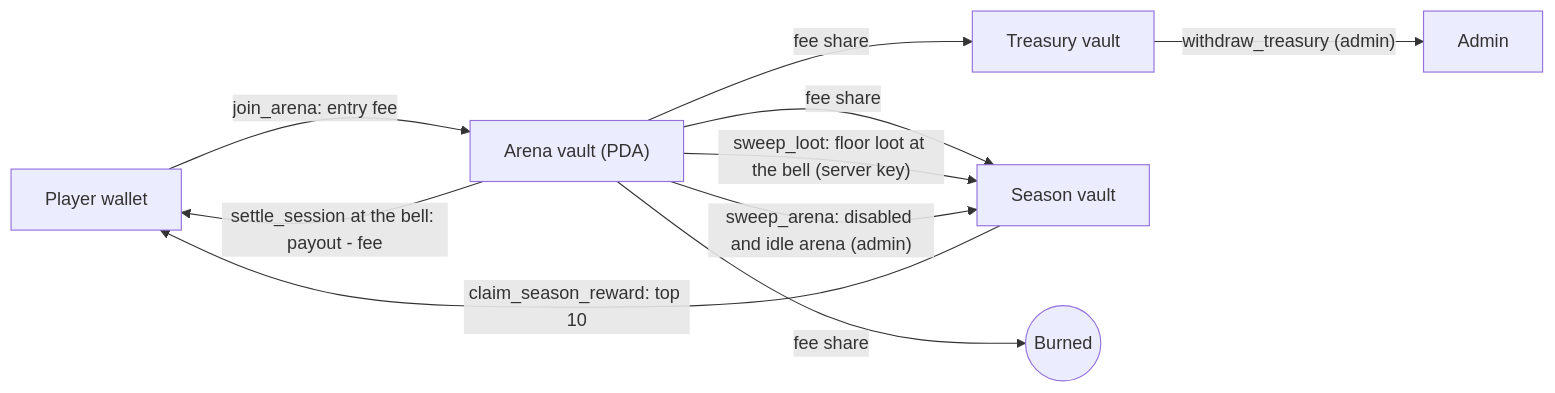
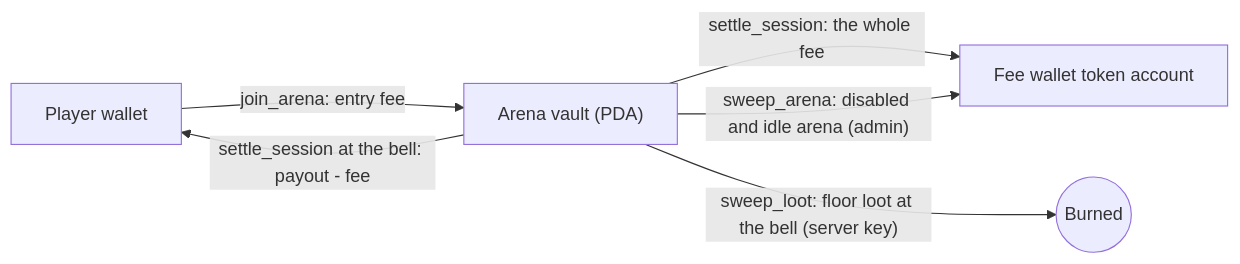
The diagram in docs/PROJECT.md (furkan3152/Solagel), drawn with Mermaid before and after one commit. The commit also changed other lines of this file and 32 other files, not shown here.

````diff
--- a/docs/PROJECT.md
+++ b/docs/PROJECT.md
@@ -127,12 +128,8 @@
 ```mermaid
 flowchart LR
   P["Player wallet"] -- "join_arena: entry fee" --> AV["Arena vault (PDA)"]
   AV -- "settle_session at the bell: payout - fee" --> P
-  AV -- "fee share" --> TV["Treasury vault"]
-  AV -- "fee share" --> SV["Season vault"]
-  AV -- "fee share" --> B(("Burned"))
-  AV -- "sweep_loot: floor loot at the bell (server key)" --> SV
-  AV -- "sweep_arena: disabled and idle arena (admin)" --> SV
-  SV -- "claim_season_reward: top 10" --> P
-  TV -- "withdraw_treasury (admin)" --> A["Admin"]
+  AV -- "settle_session: the whole fee" --> FW["Fee wallet token account"]
+  AV -- "sweep_loot: floor loot at the bell (server key)" --> B(("Burned"))
+  AV -- "sweep_arena: disabled and idle arena (admin)" --> FW
 ```
````
